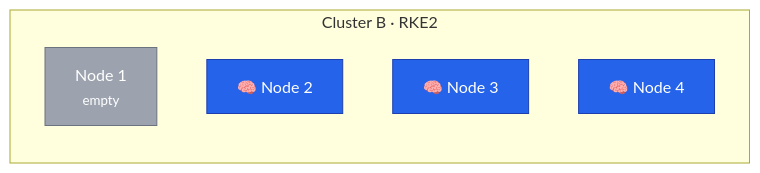
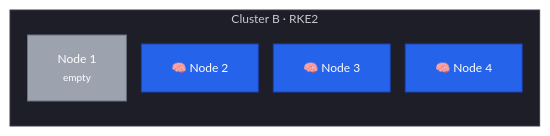
Before and after one commit to philprime/philprime.dev: the first of 2 diagrams in guides/migrating-k3s-to-rke2/lesson-15.md, drawn with Mermaid. The commit also changed other lines of this file and 16 other files, not shown here.

````diff
--- a/guides/migrating-k3s-to-rke2/lesson-15.md
+++ b/guides/migrating-k3s-to-rke2/lesson-15.md
@@ -25,15 +25,16 @@
 ```mermaid!
+%%{init: {"theme": "base", "flowchart": {"nodeSpacing": 15, "rankSpacing": 25}, "themeVariables": {"fontSize": "12px", "background": "#181818", "textColor": "#c8c8d0", "lineColor": "#505060", "primaryColor": "#2a2a3a", "primaryTextColor": "#e6e6e6", "primaryBorderColor": "#404050", "clusterBkg": "#1e1e28", "clusterBorder": "#3a3a4a", "edgeLabelBackground": "#1e1e28", "titleColor": "#c8c8d0"}}}%%
 flowchart LR
   subgraph B["Cluster B · RKE2"]
     B1["Node 1<br/><small>empty</small>"]
     B2["🧠 Node 2"]
     B3["🧠 Node 3"]
     B4["🧠 Node 4"]
   end
 
   classDef empty fill:#9ca3af,color:#fff,stroke:#6b7280
   classDef cp fill:#2563eb,color:#fff,stroke:#1e40af
 
   class B1 empty
   class B2,B3,B4 cp
 ```
````
